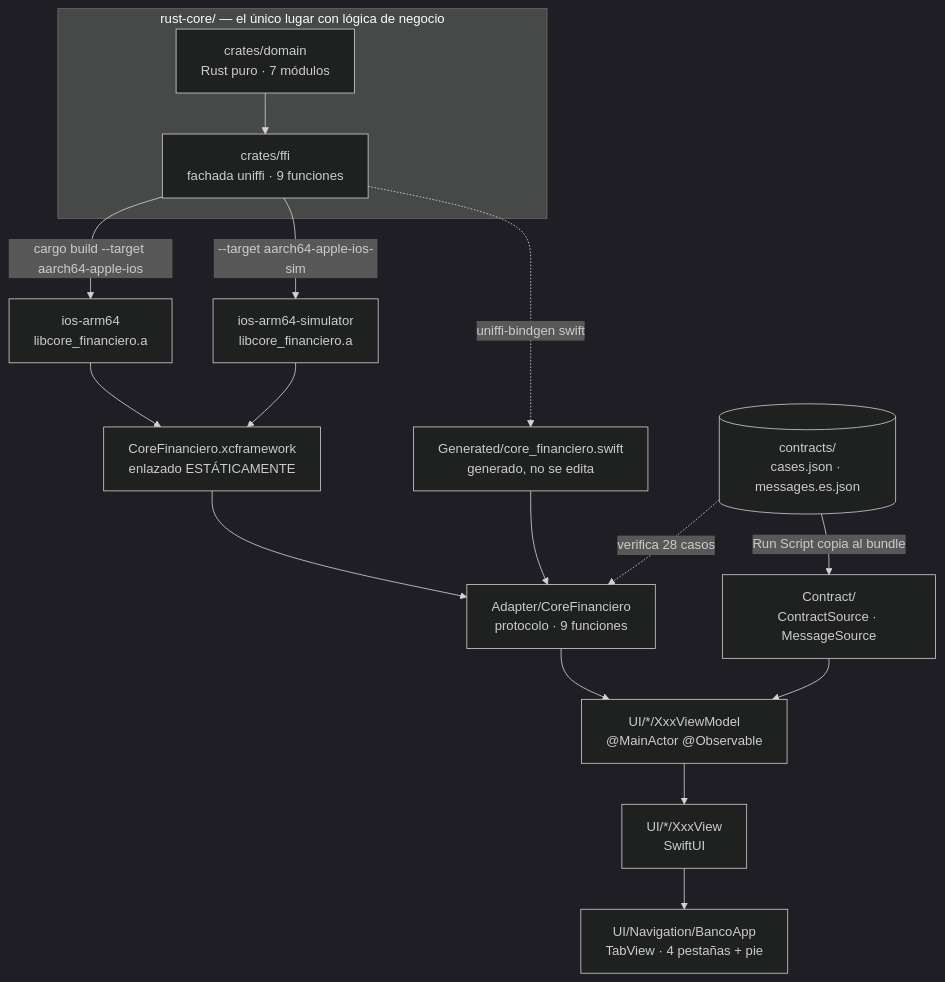
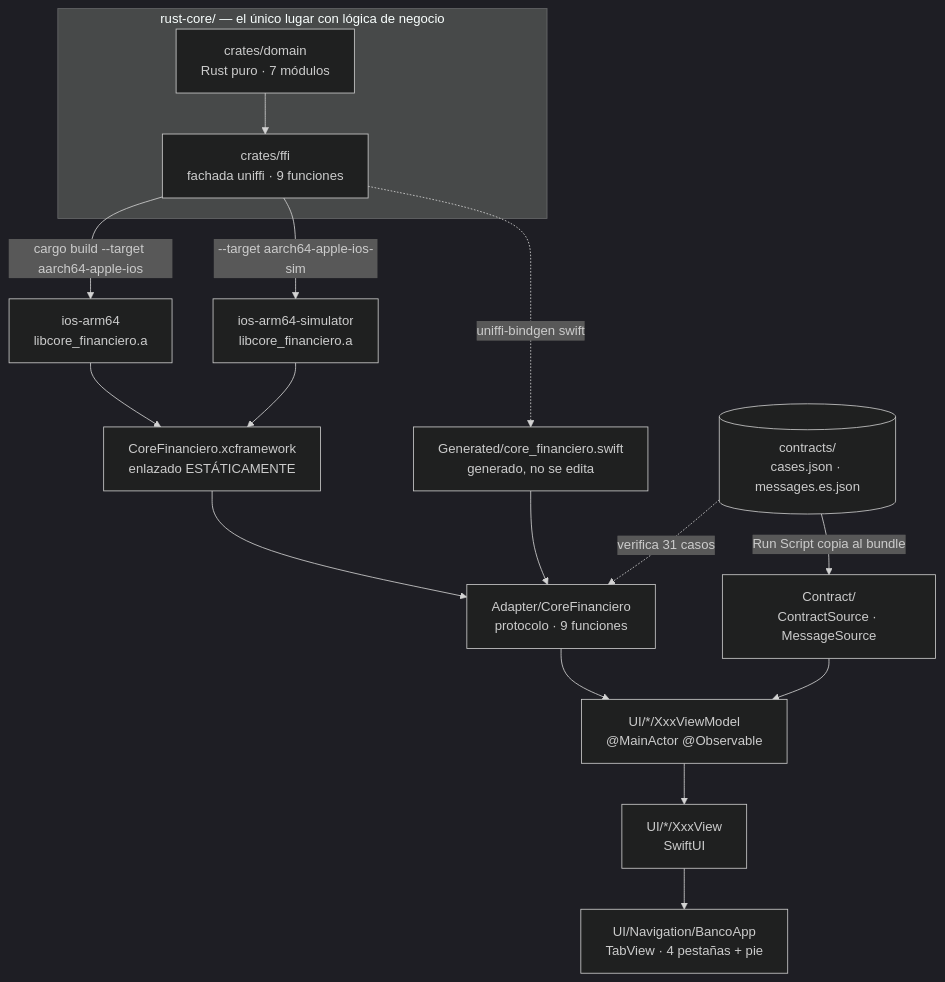
The diagram in apps/ios/README.md (tohure/rust-core-cross-app), drawn with Mermaid (dark theme) before and after one commit. The commit also changed other lines of this file and 22 other files, not shown here.

````diff
--- a/apps/ios/README.md
+++ b/apps/ios/README.md
@@ -28,26 +28,26 @@
 ```mermaid
 flowchart TD
     subgraph core["rust-core/ — el único lugar con lógica de negocio"]
         domain["crates/domain<br/>Rust puro · 7 módulos"]
         ffi["crates/ffi<br/>fachada uniffi · 9 funciones"]
         domain --> ffi
     end
 
     ffi -->|"cargo build --target aarch64-apple-ios"| dev["ios-arm64<br/>libcore_financiero.a"]
     ffi -->|"--target aarch64-apple-ios-sim"| sim["ios-arm64-simulator<br/>libcore_financiero.a"]
     ffi -.->|"uniffi-bindgen swift"| gen["Generated/core_financiero.swift<br/>generado, no se edita"]
 
     dev --> xcf["CoreFinanciero.xcframework<br/>enlazado ESTÁTICAMENTE"]
     sim --> xcf
     xcf --> adapter["Adapter/CoreFinanciero<br/>protocolo · 9 funciones"]
     gen --> adapter
 
     adapter --> vm["UI/*/XxxViewModel<br/>@MainActor @Observable"]
     vm --> screens["UI/*/XxxView<br/>SwiftUI"]
     screens --> tabs["UI/Navigation/BancoApp<br/>TabView · 4 pestañas + pie"]
 
     contrato[("contracts/<br/>cases.json · messages.es.json")]
     contrato -->|"Run Script copia al bundle"| source["Contract/<br/>ContractSource · MessageSource"]
     source --> vm
-    contrato -.->|"verifica 28 casos"| adapter
+    contrato -.->|"verifica 31 casos"| adapter
 ```
````
